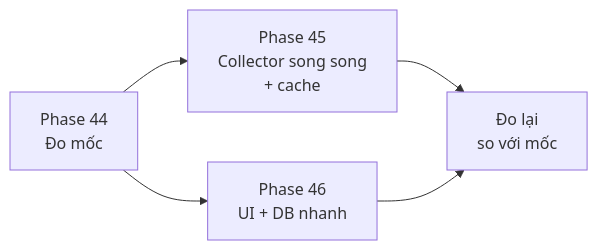
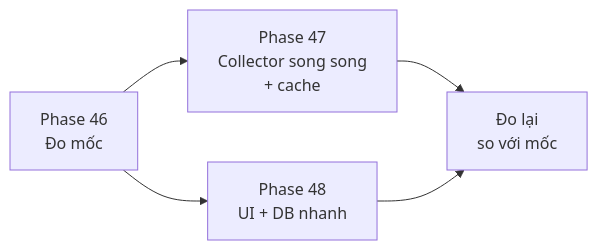
One commit to nvminhtu/niche-radar-docs changed the diagram in docs/web/version-5.md. Above: the diagram before and after it, drawn with Mermaid. The commit also changed other lines of this file and 298 other files, not shown here.

````diff
--- a/docs/web/version-5.md
+++ b/docs/web/version-5.md
@@ -21,6 +21,6 @@
 ```mermaid
 flowchart LR
-  B[Phase 44<br/>Đo mốc] --> C[Phase 45<br/>Collector song song<br/>+ cache]
-  B --> U[Phase 46<br/>UI + DB nhanh]
+  B[Phase 46<br/>Đo mốc] --> C[Phase 47<br/>Collector song song<br/>+ cache]
+  B --> U[Phase 48<br/>UI + DB nhanh]
   C & U --> R[Đo lại<br/>so với mốc]
 ```
````
